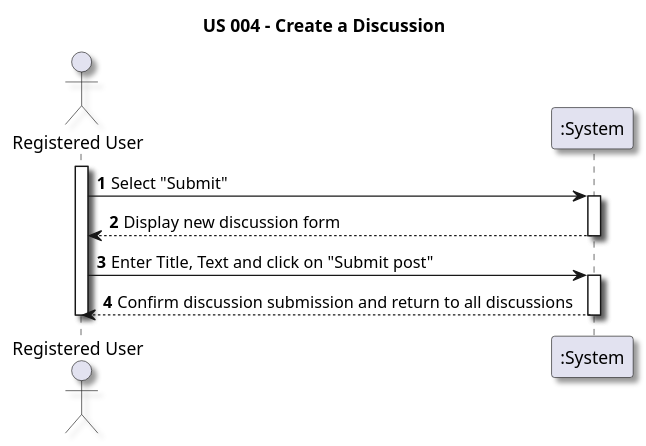
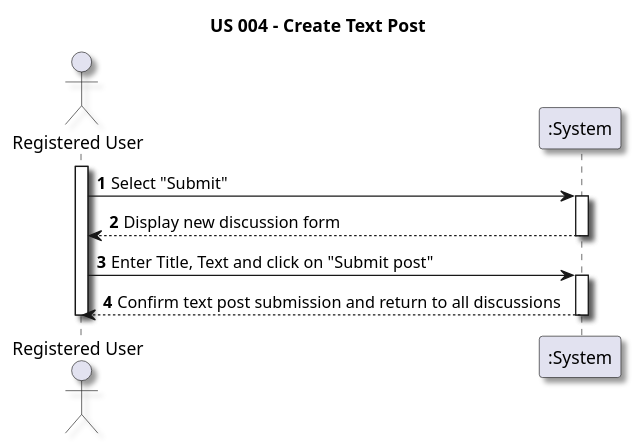
The diagram in docs/sprint02/us004/01.requirements-engineering/puml/us004-system-sequence-diagram.puml (TiagoMagalhaes1232507/Testando-projeto), drawn with PlantUML before and after one commit. The commit also changed 1 other file, not shown here.

```diff
--- a/docs/sprint02/us004/01.requirements-engineering/puml/us004-system-sequence-diagram.puml
+++ b/docs/sprint02/us004/01.requirements-engineering/puml/us004-system-sequence-diagram.puml
@@ -1,28 +1,28 @@
 @startuml System Sequence Diagram (SSD)
 skinparam monochrome false
 skinparam packageStyle rectangle
 skinparam shadowing true
 
-title US 004 - Create a Discussion
+title US 004 - Create Text Post
 
 autonumber
 
 actor "Registered User" as User
 participant ":System" as System
 
 activate User
 
 User -> System : Select "Submit"
 activate System
 
 System --> User : Display new discussion form
 deactivate System
 
 User -> System : Enter Title, Text and click on "Submit post" 
 activate System
 
-System --> User : Confirm discussion submission and return to all discussions
+System --> User : Confirm text post submission and return to all discussions
 deactivate System
 deactivate User
 
 @enduml
```
